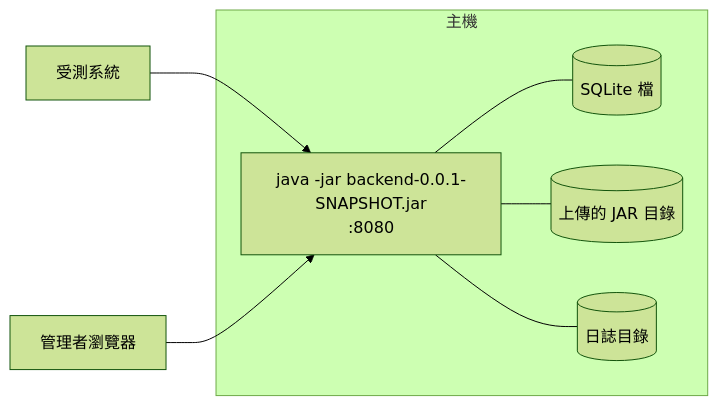
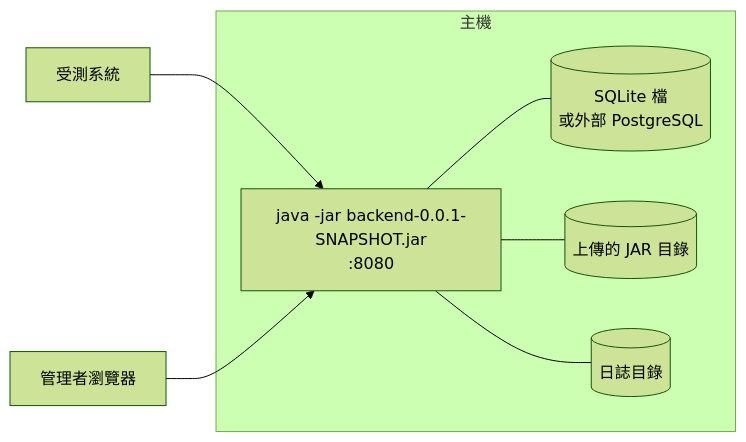
One commit to a09090443/dynamic-api changed the second of 2 diagrams in docs-site/docs/sdd/architecture.md. Above: the diagram before and after it, drawn with Mermaid (forest theme). The commit also changed other lines of this file and 17 other files, not shown here.

First line of the commit message:
功能(backend): 新增可選的 PostgreSQL 資料庫支援，預設維持 SQLite (#15)

````diff
--- a/docs-site/docs/sdd/architecture.md
+++ b/docs-site/docs/sdd/architecture.md
@@ -68,12 +68,12 @@
 ```mermaid
 flowchart LR
     subgraph Host[主機]
         JVM[java -jar backend-0.0.1-SNAPSHOT.jar<br/>:8080]
-        DBF[(SQLite 檔)]
+        DBF[(SQLite 檔<br/>或外部 PostgreSQL)]
         JARS[(上傳的 JAR 目錄)]
         LOGS[(日誌目錄)]
     end
     Client[受測系統] --> JVM
     Admin[管理者瀏覽器] --> JVM
     JVM --- DBF & JARS & LOGS
 ```
````
